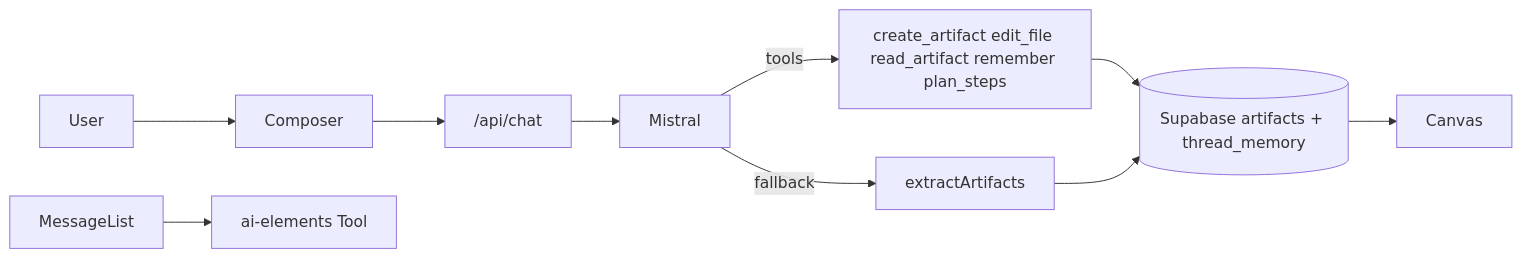
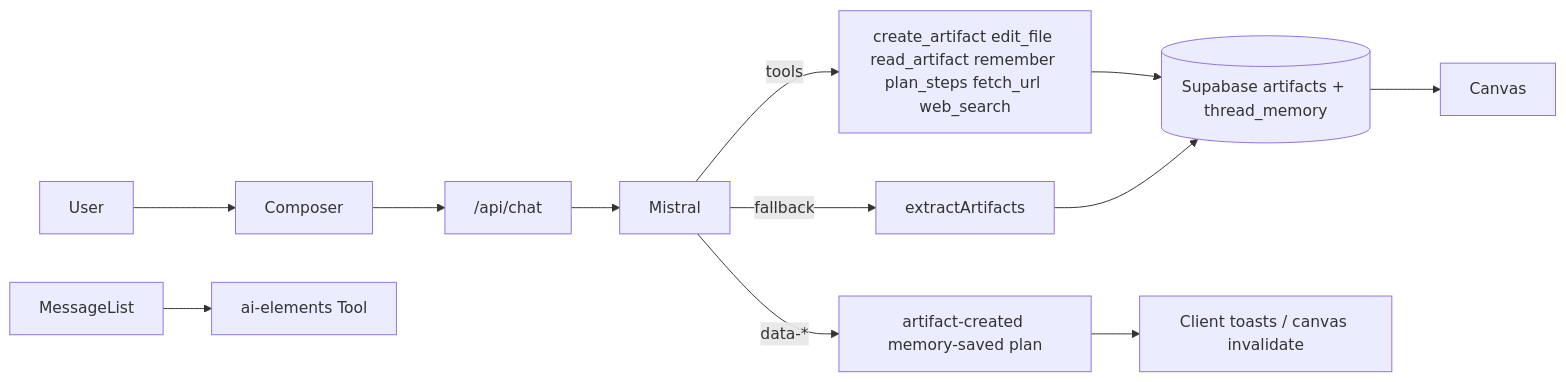
The diagram in docs/architecture.md (youh4ck3dme/cosy-app-kit), drawn with Mermaid before and after one commit. The commit also changed other lines of this file and 10 other files, not shown here.

````diff
--- a/docs/architecture.md
+++ b/docs/architecture.md
@@ -3,12 +3,14 @@
 ```mermaid
 flowchart LR
   User --> Composer
   Composer --> ApiChat["/api/chat"]
   ApiChat --> Mistral
-  Mistral -->|tools| Tools["create_artifact edit_file read_artifact remember plan_steps"]
+  Mistral -->|tools| Tools["create_artifact edit_file read_artifact remember plan_steps fetch_url web_search"]
   Mistral -->|fallback| Fence["extractArtifacts"]
+  Mistral -->|data-*| StreamParts["artifact-created memory-saved plan"]
   Tools --> DB[(Supabase artifacts + thread_memory)]
   Fence --> DB
+  StreamParts --> Toast[Client toasts / canvas invalidate]
   DB --> Canvas
   MessageList --> ToolUI[ai-elements Tool]
 ```
````
